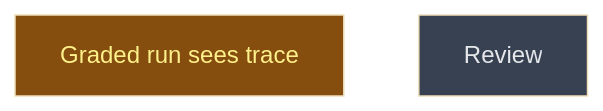
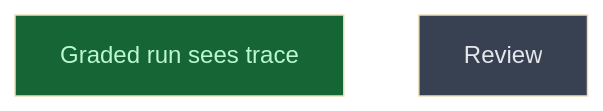
One commit to CrackingShells/Candler changed the diagram in __roadmap__/run_context/readers/e2e/README.md. Above: the diagram before and after it, drawn with Mermaid (base theme). The commit also changed other lines of this file, not shown here.

Commit message:
rdm(library): close the graded run's trace

````diff
--- a/__roadmap__/run_context/readers/e2e/README.md
+++ b/__roadmap__/run_context/readers/e2e/README.md
@@ -16,10 +16,10 @@
 ```mermaid
 graph TD
-    graded_run_sees_trace[Graded run sees trace]:::inprogress
+    graded_run_sees_trace[Graded run sees trace]:::done
     review[Review]:::planned
     classDef done       fill:#166534,color:#bbf7d0
     classDef inprogress fill:#854d0e,color:#fef08a
     classDef planned    fill:#374151,color:#e5e7eb
     classDef amendment  fill:#1e3a5f,color:#bfdbfe
     classDef blocked    fill:#7f1d1d,color:#fecaca
 ```
````
